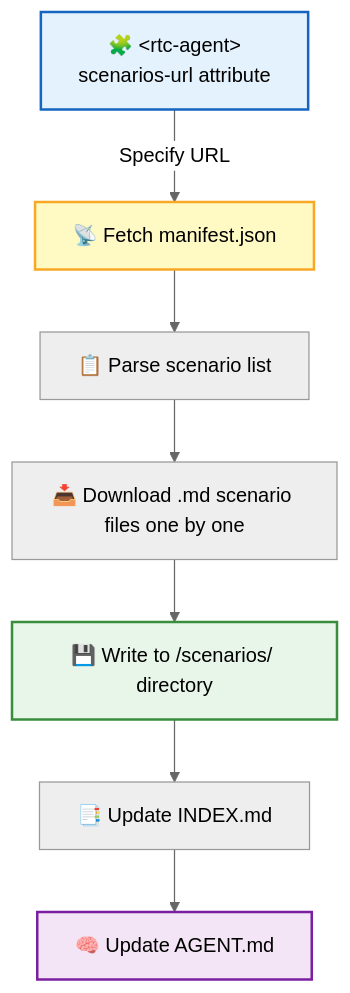
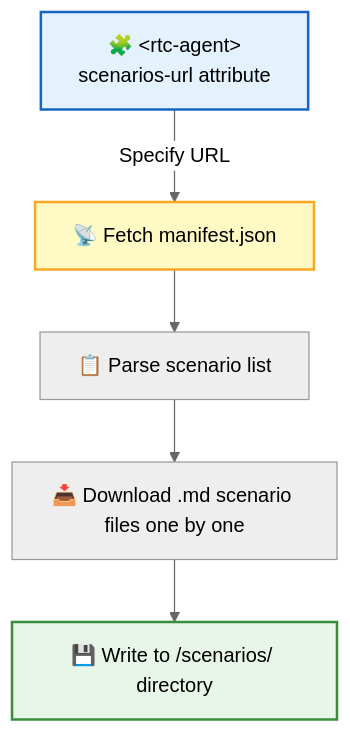
One commit to rtc-agent/docs changed the second of 5 diagrams in src/content/docs/en/integration/scenario-authoring.md. Above: the diagram before and after it, drawn with Mermaid (neutral theme). The commit also changed other lines of this file and 60 other files, not shown here.

First line of the commit message:
docs(site): refresh documentation with new sections and improved diagrams

````diff
--- a/src/content/docs/en/integration/scenario-authoring.md
+++ b/src/content/docs/en/integration/scenario-authoring.md
@@ -42,14 +42,11 @@
 ```mermaid
 flowchart TD
     A["🧩 &lt;rtc-agent&gt;<br/>scenarios-url attribute"] -->|"Specify URL"| B["📡 Fetch manifest.json"]
     B --> C["📋 Parse scenario list"]
     C --> D["📥 Download .md scenario files one by one"]
     D --> E["💾 Write to /scenarios/ directory"]
-    E --> F["📑 Update INDEX.md"]
-    F --> G["🧠 Update AGENT.md"]
 
     style A fill:#e3f2fd,stroke:#1565c0,stroke-width:2px
     style B fill:#fff9c4,stroke:#f9a825,stroke-width:2px
     style E fill:#e8f5e9,stroke:#388e3c,stroke-width:2px
-    style G fill:#f3e5f5,stroke:#7b1fa2,stroke-width:2px
 ```
````
